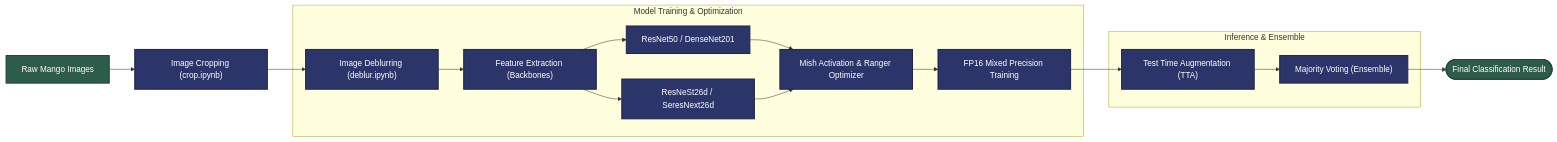
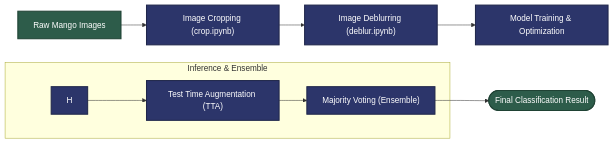
Before and after one commit to schaof/AI-Cup-2020-Mango-Image-Classification: the diagram in README.md, drawn with Mermaid.

````diff
--- a/README.md
+++ b/README.md
@@ -5,29 +5,21 @@
 ```mermaid
 graph LR
     A["Raw Mango Images"] --> B["Image Cropping (crop.ipynb)"]
     B --> C["Image Deblurring (deblur.ipynb)"]
-    
-    subgraph Training_Phase["Model Training & Optimization"]
-        C --> D["Feature Extraction (Backbones)"]
-        D --> E["ResNet50 / DenseNet201"]
-        D --> F["ResNeSt26d / SeresNext26d"]
-        E --> G["Mish Activation & Ranger Optimizer"]
-        F --> G
-        G --> H["FP16 Mixed Precision Training"]
-    end
+    C --> D["Model Training & Optimization"]
 
     subgraph Inference_Phase["Inference & Ensemble"]
         H --> I["Test Time Augmentation (TTA)"]
         I --> J["Majority Voting (Ensemble)"]
     end
     
     J --> K(["Final Classification Result"])
 
     %% 視覺設定：定義企業級深色主題
     classDef premiumBlue fill:#2C356A,stroke:#1F264A,stroke-width:2px,color:#ffffff
     classDef premiumGreen fill:#2D5C4A,stroke:#1F4234,stroke-width:2px,color:#ffffff
 
     %% 套用配色
-    class B,C,D,E,F,G,H,I,J premiumBlue
+    class B,C,D,H,I,J premiumBlue
     class A,K premiumGreen
 ```
````
